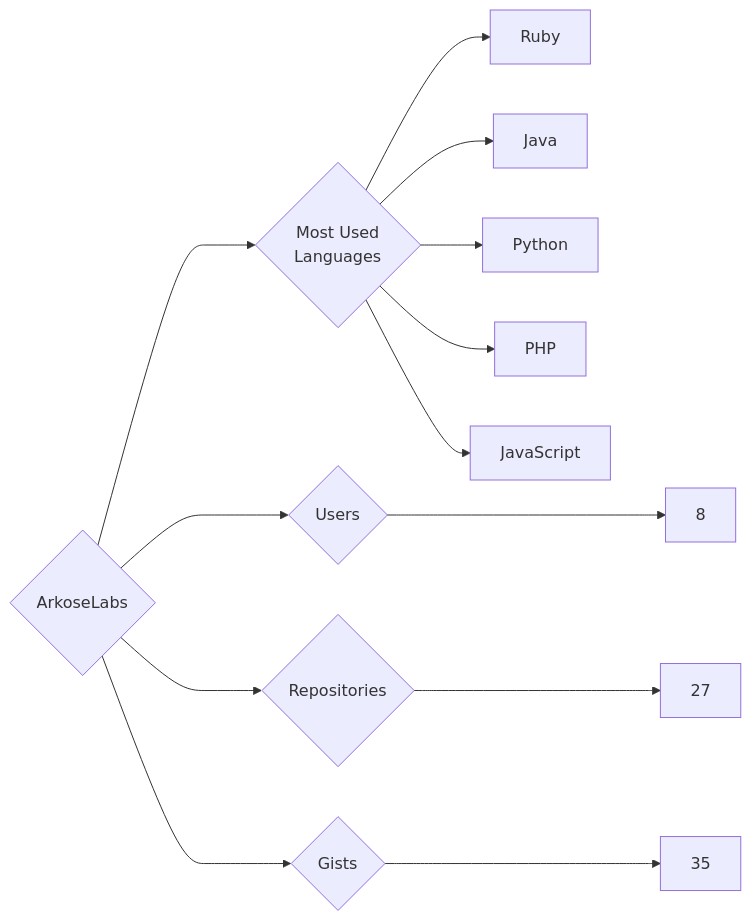
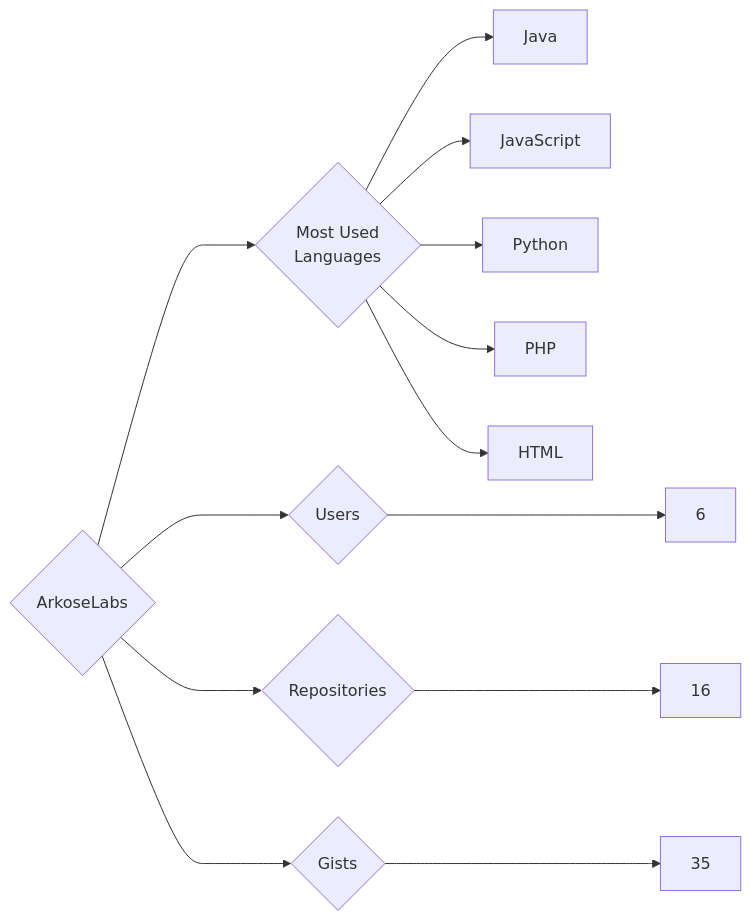
Before and after one commit to trickest/insiders: the diagram in targets/ArkoseLabs/README.md, drawn with Mermaid. The commit also changed 1088 other files, not shown here.

````diff
--- a/targets/ArkoseLabs/README.md
+++ b/targets/ArkoseLabs/README.md
@@ -3,13 +3,13 @@
 ```mermaid
 graph LR
 COMPANY_NAME{ArkoseLabs}
-COMPANY_NAME ---> U{Users} ---> UN[8]
-COMPANY_NAME ---> R{Repositories} ---> RN[27]
+COMPANY_NAME ---> U{Users} ---> UN[6]
+COMPANY_NAME ---> R{Repositories} ---> RN[16]
 COMPANY_NAME ---> G{Gists} ---> GN[35]
 COMPANY_NAME ---> ML{Most Used<br>Languages}
-ML --> Ruby[Ruby]
 ML --> Java[Java]
+ML --> JavaScript[JavaScript]
 ML --> Python[Python]
 ML --> PHP[PHP]
-ML --> JavaScript[JavaScript]
+ML --> HTML[HTML]
 ```
````
